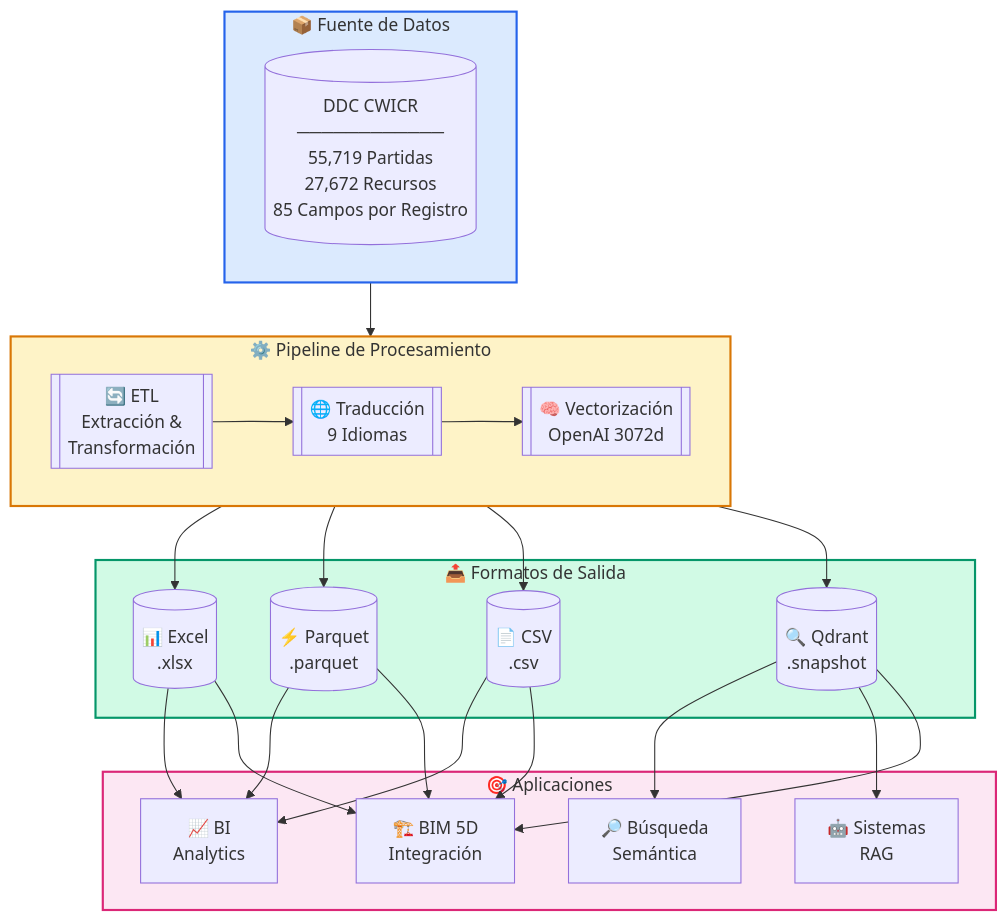
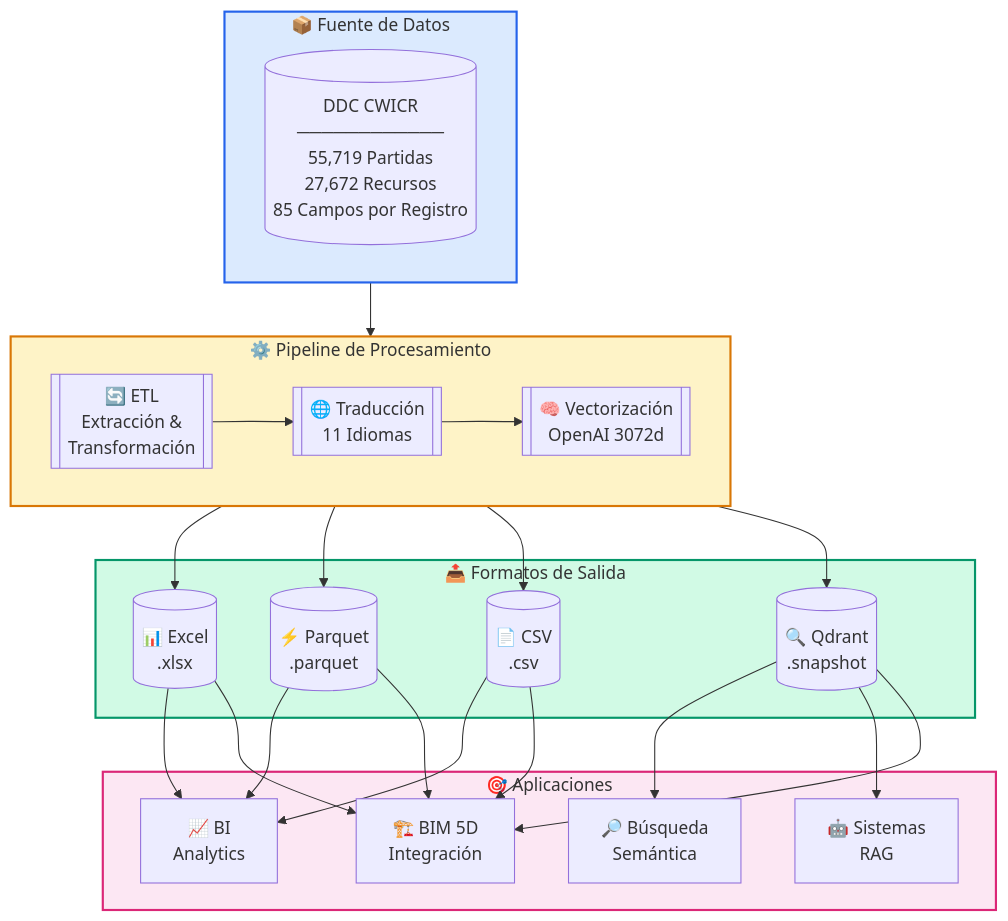
Before and after one commit to ehtick/OpenConstructionEstimate-DDC-CWICR: the second of 6 diagrams in README.es.md, drawn with Mermaid. The commit also changed other lines of this file and 81 other files, not shown here.

````diff
--- a/README.es.md
+++ b/README.es.md
@@ -580,38 +580,38 @@
 ```mermaid
 flowchart TB
     subgraph Source["📦 Fuente de Datos"]
         CWICR[(DDC CWICR<br/>────────────<br/>55,719 Partidas<br/>27,672 Recursos<br/>85 Campos por Registro)]
     end
 
     subgraph Processing["⚙️ Pipeline de Procesamiento"]
         direction LR
         ETL[["🔄 ETL<br/>Extracción &<br/>Transformación"]]
-        TRANS[["🌐 Traducción<br/>9 Idiomas"]]
+        TRANS[["🌐 Traducción<br/>11 Idiomas"]]
         EMBED[["🧠 Vectorización<br/>OpenAI 3072d"]]
         ETL --> TRANS --> EMBED
     end
 
     subgraph Outputs["📤 Formatos de Salida"]
         XLSX[("📊 Excel<br/>.xlsx")]
         PARQUET[("⚡ Parquet<br/>.parquet")]
         CSV[("📄 CSV<br/>.csv")]
         QDRANT[("🔍 Qdrant<br/>.snapshot")]
     end
 
     subgraph Apps["🎯 Aplicaciones"]
         SEARCH["🔎 Búsqueda<br/>Semántica"]
         BIM["🏗️ BIM 5D<br/>Integración"]
         RAG["🤖 Sistemas<br/>RAG"]
         BI["📈 BI<br/>Analytics"]
     end
 
     Source --> Processing
     Processing --> XLSX & PARQUET & CSV & QDRANT
     XLSX & PARQUET & CSV --> BI & BIM
     QDRANT --> SEARCH & RAG & BIM
 
     style Source fill:#dbeafe,stroke:#2563eb,stroke-width:2px
     style Processing fill:#fef3c7,stroke:#d97706,stroke-width:2px
     style Outputs fill:#d1fae5,stroke:#059669,stroke-width:2px
     style Apps fill:#fce7f3,stroke:#db2777,stroke-width:2px
 ```
````
